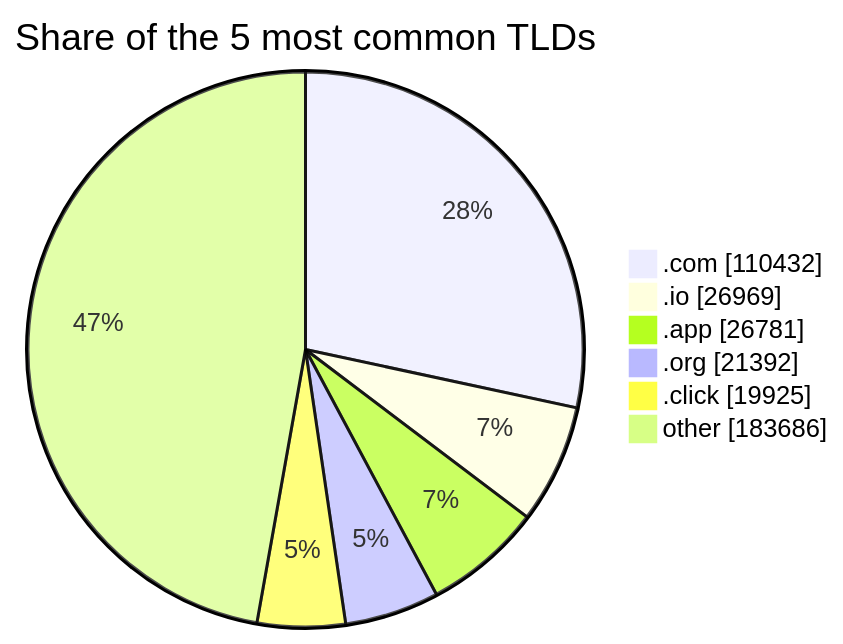
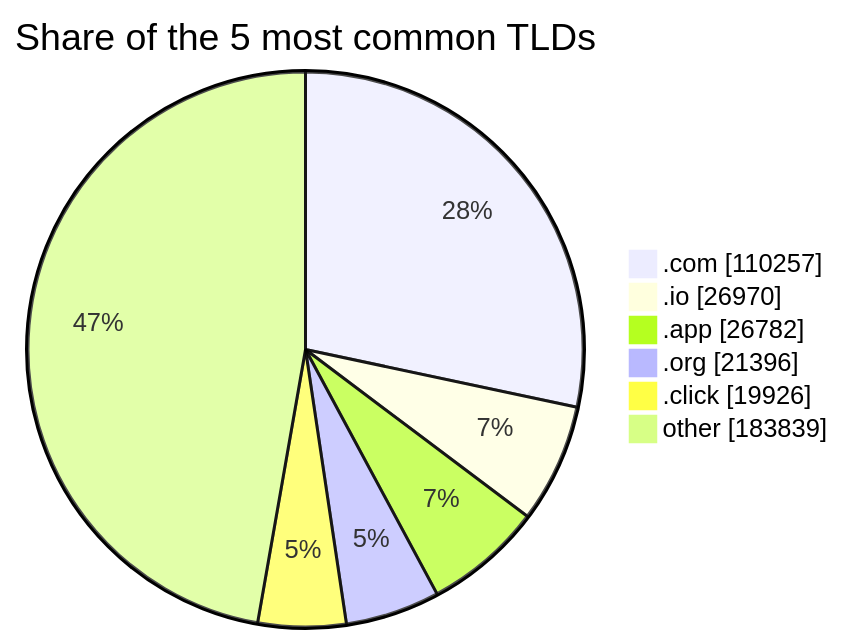
One commit to DNSBunker/CTI changed the third of 3 diagrams in README.md. Above: the diagram before and after it, drawn with Mermaid. The commit also changed other lines of this file and 3 other files, not shown here.

````diff
--- a/README.md
+++ b/README.md
@@ -81,9 +81,9 @@
 ```mermaid
 pie showData title Share of the 5 most common TLDs
-    ".com" : 110432
-    ".io" : 26969
-    ".app" : 26781
-    ".org" : 21392
-    ".click" : 19925
-    "other" : 183686
+    ".com" : 110257
+    ".io" : 26970
+    ".app" : 26782
+    ".org" : 21396
+    ".click" : 19926
+    "other" : 183839
 ```
````
